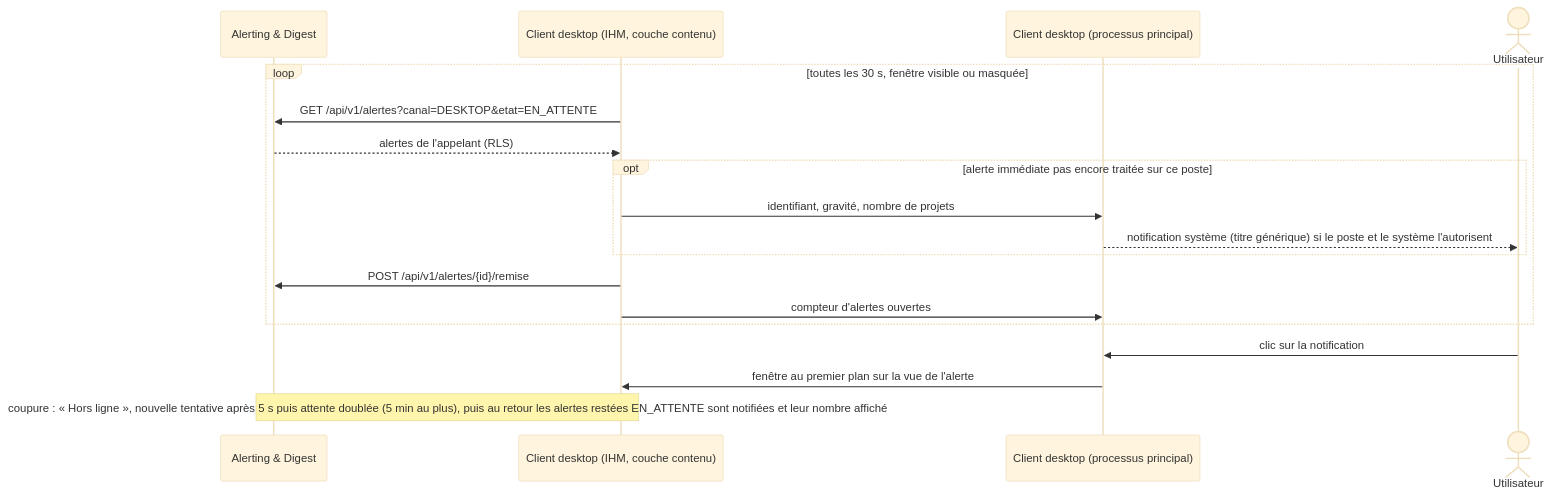
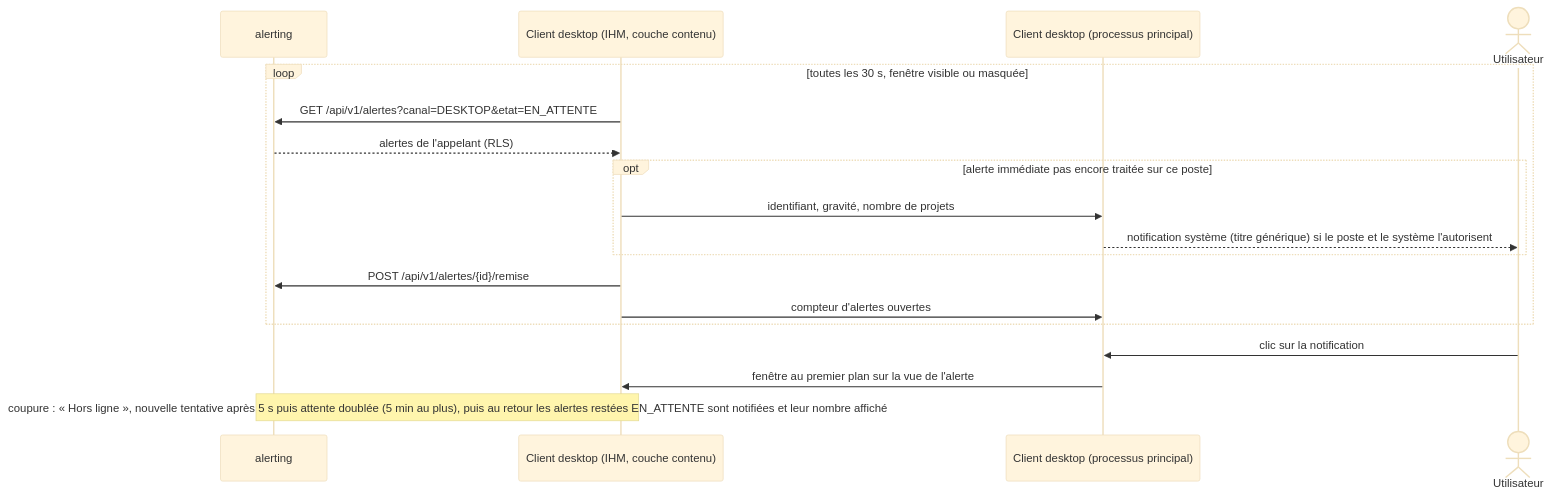
Before and after one commit to FTurleque/argos-tech-platform: the third of 7 diagrams in docs/architecture/arc42/06-vue-execution.md, drawn with Mermaid (base theme). The commit also changed other lines of this file and 11 other files, not shown here.

````diff
--- a/docs/architecture/arc42/06-vue-execution.md
+++ b/docs/architecture/arc42/06-vue-execution.md
@@ -113,21 +95,21 @@
 ```mermaid
 sequenceDiagram
-    participant Alert as Alerting & Digest
+    participant Alert as alerting
     participant UI as Client desktop (IHM, couche contenu)
     participant Main as Client desktop (processus principal)
     actor U as Utilisateur
 
     loop toutes les 30 s, fenêtre visible ou masquée
         UI->>Alert: GET /api/v1/alertes?canal=DESKTOP&etat=EN_ATTENTE
         Alert-->>UI: alertes de l'appelant (RLS)
         opt alerte immédiate pas encore traitée sur ce poste
             UI->>Main: identifiant, gravité, nombre de projets
             Main-->>U: notification système (titre générique) si le poste et le système l'autorisent
         end
         UI->>Alert: POST /api/v1/alertes/{id}/remise
         UI->>Main: compteur d'alertes ouvertes
     end
     U->>Main: clic sur la notification
     Main->>UI: fenêtre au premier plan sur la vue de l'alerte
     Note over UI,Alert: coupure : « Hors ligne », nouvelle tentative après 5 s puis attente doublée (5 min au plus), puis au retour les alertes restées EN_ATTENTE sont notifiées et leur nombre affiché
 ```
````
